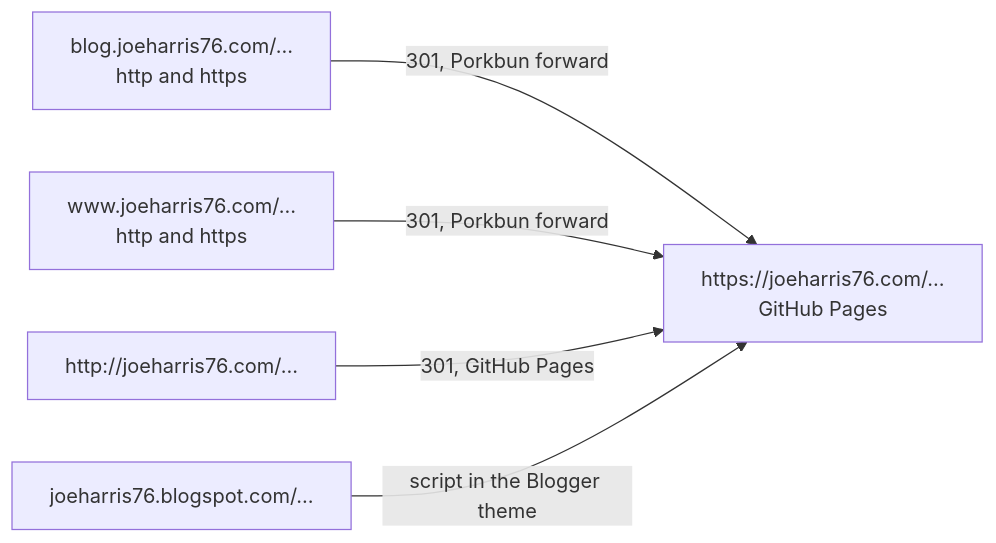
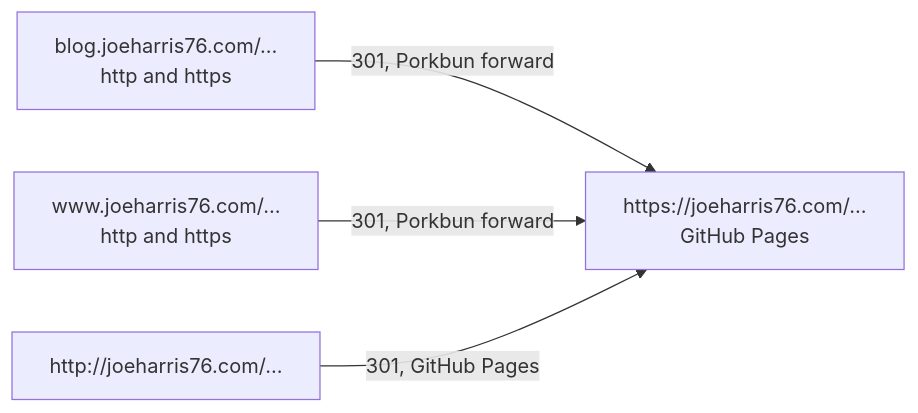
Before and after one commit to joeharris76/joeharris76.com: the diagram in README.md, drawn with Mermaid. The commit also changed other lines of this file and 6 other files, not shown here.

````diff
--- a/README.md
+++ b/README.md
@@ -12,8 +12,7 @@
 ```mermaid
 flowchart LR
   blog["blog.joeharris76.com/…<br>http and https"] -->|"301, Porkbun forward"| site
   www["www.joeharris76.com/…<br>http and https"] -->|"301, Porkbun forward"| site
   apex["http://joeharris76.com/…"] -->|"301, GitHub Pages"| site
-  blogspot["joeharris76.blogspot.com/…"] -->|"script in the Blogger theme"| site
   site["https://joeharris76.com/…<br>GitHub Pages"]
 ```
````
